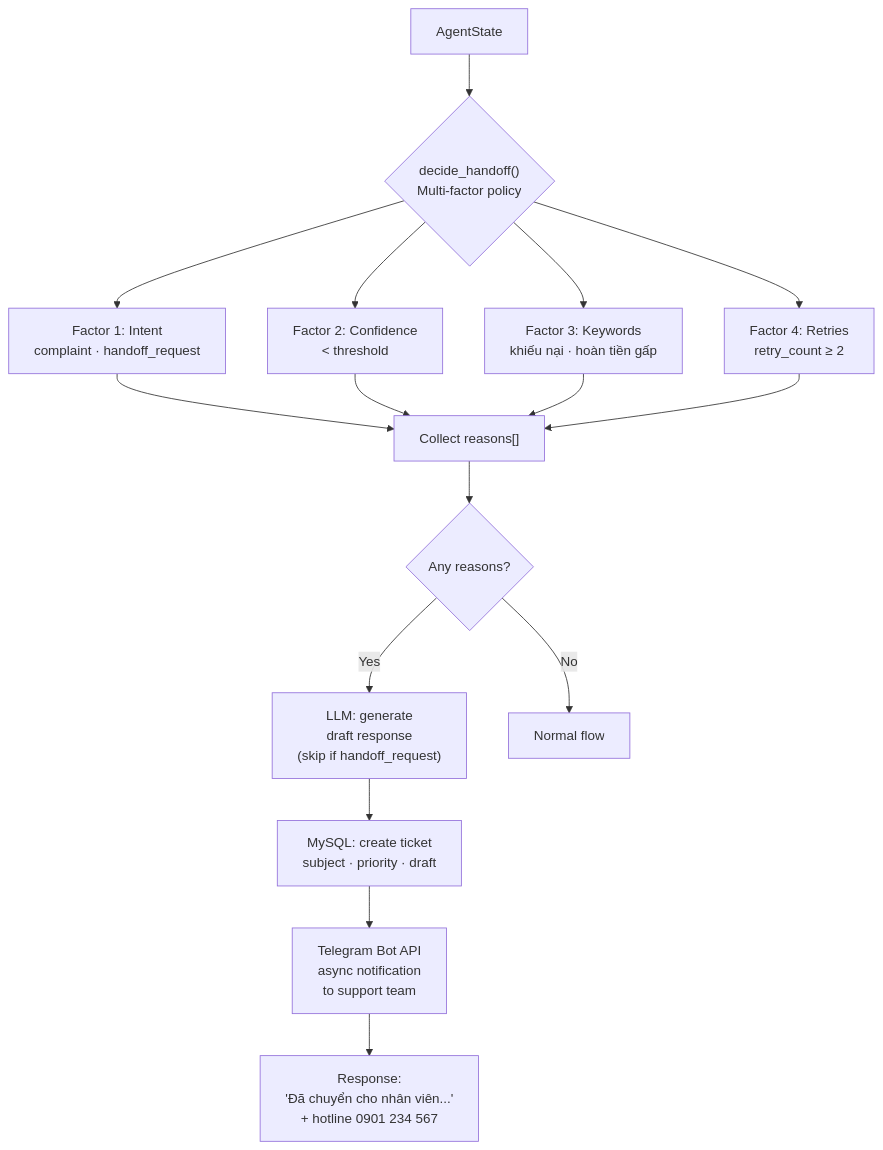
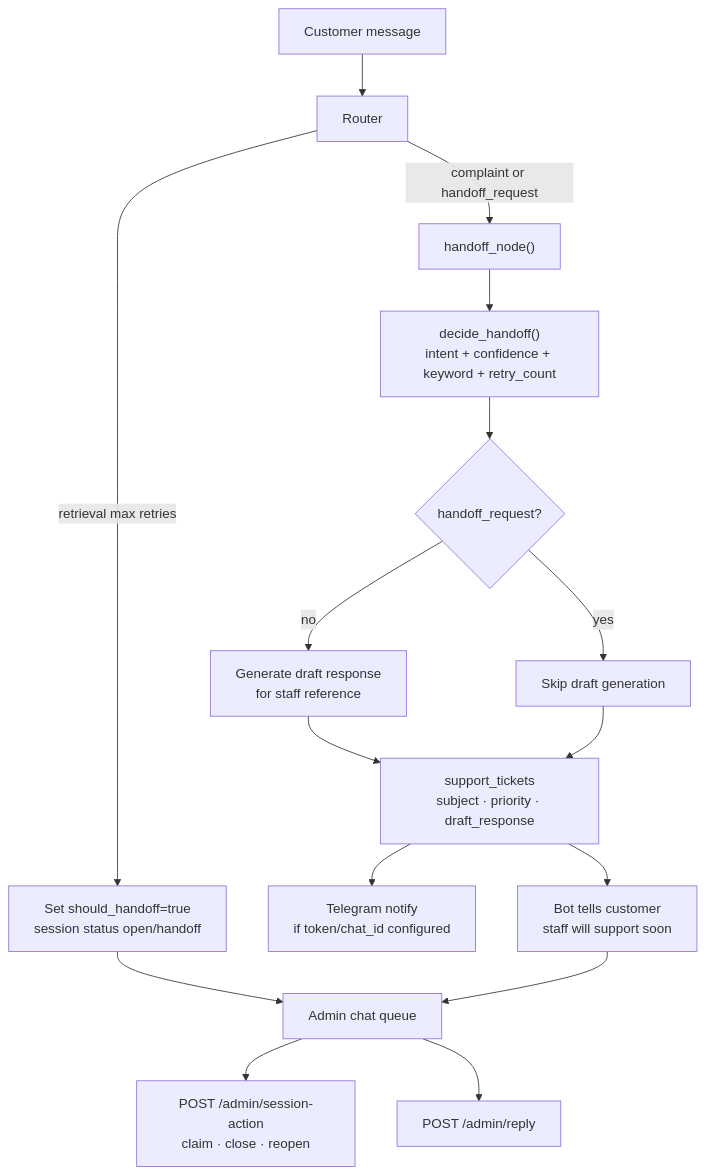
Before and after one commit to nhatanhvodev/cakev0: the sixth of 9 diagrams in docs/thesis/architecture-diagrams.md, drawn with Mermaid. The commit also changed other lines of this file and 14 other files, not shown here.

````diff
--- a/docs/thesis/architecture-diagrams.md
+++ b/docs/thesis/architecture-diagrams.md
@@ -179,19 +218,20 @@
 ```mermaid
 flowchart TD
-    STATE["AgentState"] --> DECIDE{"decide_handoff()<br/>Multi-factor policy"}
+    Q["Customer message"] --> ROUTER["Router"]
+    ROUTER -->|complaint or handoff_request| HANDOFF["handoff_node()"]
+    ROUTER -->|retrieval max retries| MARK["Set should_handoff=true<br/>session status open/handoff"]
 
-    DECIDE --> F1["Factor 1: Intent<br/>complaint · handoff_request"]
-    DECIDE --> F2["Factor 2: Confidence<br/>< threshold"]
-    DECIDE --> F3["Factor 3: Keywords<br/>khiếu nại · hoàn tiền gấp"]
-    DECIDE --> F4["Factor 4: Retries<br/>retry_count ≥ 2"]
+    HANDOFF --> DECIDE["decide_handoff()<br/>intent + confidence + keyword + retry_count"]
+    DECIDE --> DRAFT{"handoff_request?"}
+    DRAFT -->|no| LLM["Generate draft response<br/>for staff reference"]
+    DRAFT -->|yes| SKIP["Skip draft generation"]
+    LLM --> TICKET["support_tickets<br/>subject · priority · draft_response"]
+    SKIP --> TICKET
+    TICKET --> TG["Telegram notify<br/>if token/chat_id configured"]
+    TICKET --> REPLY["Bot tells customer<br/>staff will support soon"]
 
-    F1 & F2 & F3 & F4 --> REASONS["Collect reasons[]"]
-    REASONS --> SHOULD{"Any reasons?"}
-
-    SHOULD -->|Yes| DRAFT["LLM: generate<br/>draft response<br/>(skip if handoff_request)"]
-    SHOULD -->|No| NORMAL["Normal flow"]
-
-    DRAFT --> TICKET["MySQL: create ticket<br/>subject · priority · draft"]
-    TICKET --> NOTIFY["Telegram Bot API<br/>async notification<br/>to support team"]
-    NOTIFY --> REPLY["Response:<br/>'Đã chuyển cho nhân viên...'<br/>+ hotline 0901 234 567"]
+    MARK --> ADMIN["Admin chat queue"]
+    REPLY --> ADMIN
+    ADMIN --> CLAIM["POST /admin/session-action<br/>claim · close · reopen"]
+    ADMIN --> AGENT["POST /admin/reply"]
 ```
````
